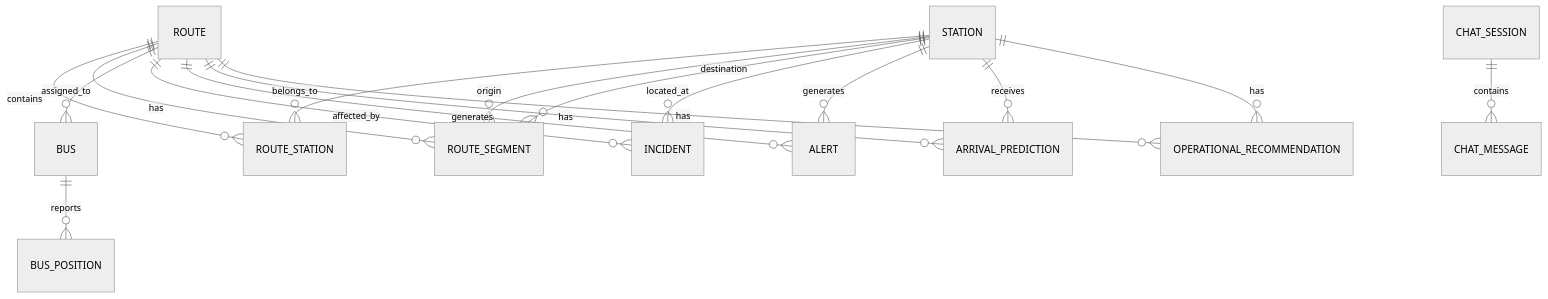
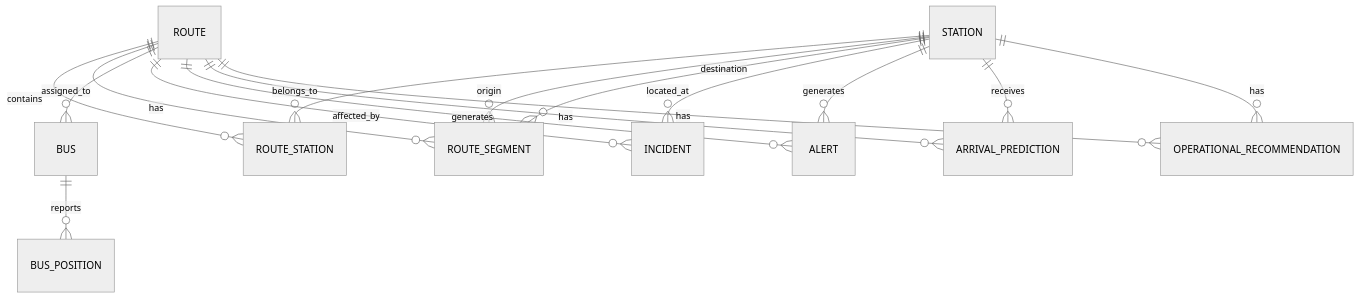
One commit to wen-27/backend_MetroFlowAi changed the diagram in docs/MODELO_ER_METROFLOW_BACKEND.md. Above: the diagram before and after it, drawn with Mermaid (neutral theme). The commit also changed other lines of this file and 30 other files, not shown here.

````diff
--- a/docs/MODELO_ER_METROFLOW_BACKEND.md
+++ b/docs/MODELO_ER_METROFLOW_BACKEND.md
@@ -3,19 +3,18 @@
 ```mermaid
 erDiagram
     STATION ||--o{ ROUTE_STATION : belongs_to
     ROUTE ||--o{ ROUTE_STATION : contains
     ROUTE ||--o{ ROUTE_SEGMENT : has
     STATION ||--o{ ROUTE_SEGMENT : origin
     STATION ||--o{ ROUTE_SEGMENT : destination
     ROUTE ||--o{ BUS : assigned_to
     BUS ||--o{ BUS_POSITION : reports
     ROUTE ||--o{ INCIDENT : affected_by
     STATION ||--o{ INCIDENT : located_at
     ROUTE ||--o{ ALERT : generates
     STATION ||--o{ ALERT : generates
     ROUTE ||--o{ ARRIVAL_PREDICTION : has
     STATION ||--o{ ARRIVAL_PREDICTION : receives
     ROUTE ||--o{ OPERATIONAL_RECOMMENDATION : has
     STATION ||--o{ OPERATIONAL_RECOMMENDATION : has
-    CHAT_SESSION ||--o{ CHAT_MESSAGE : contains
 ```
````
